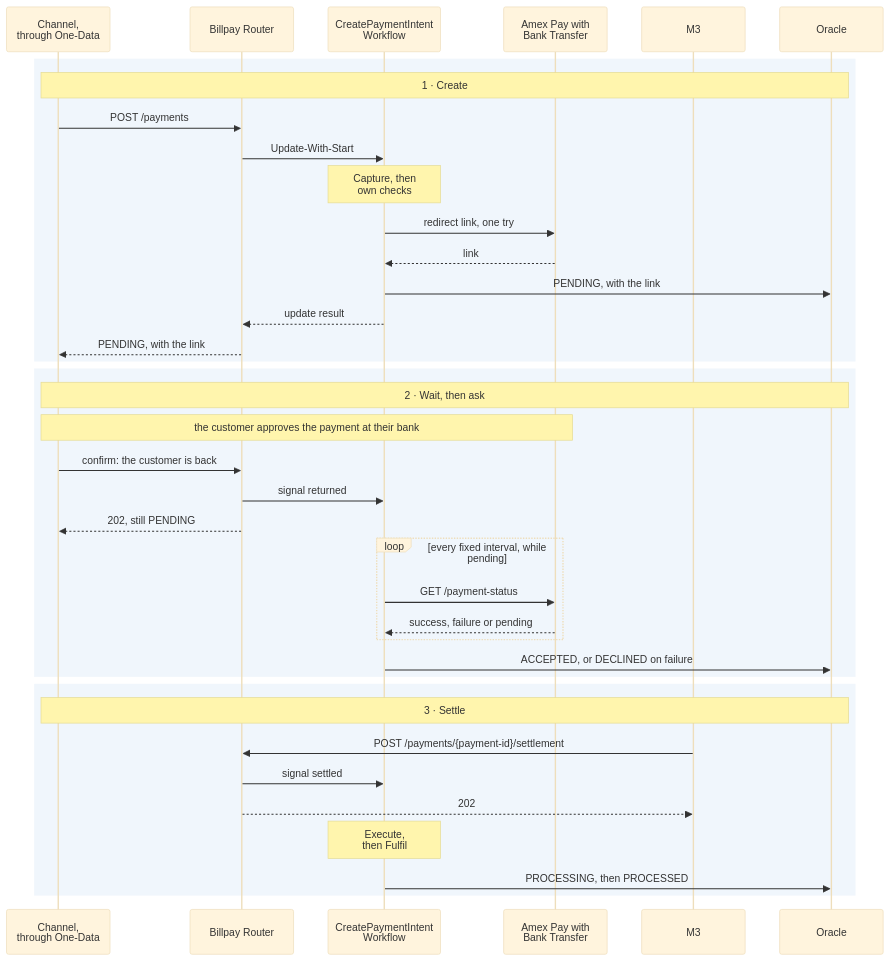
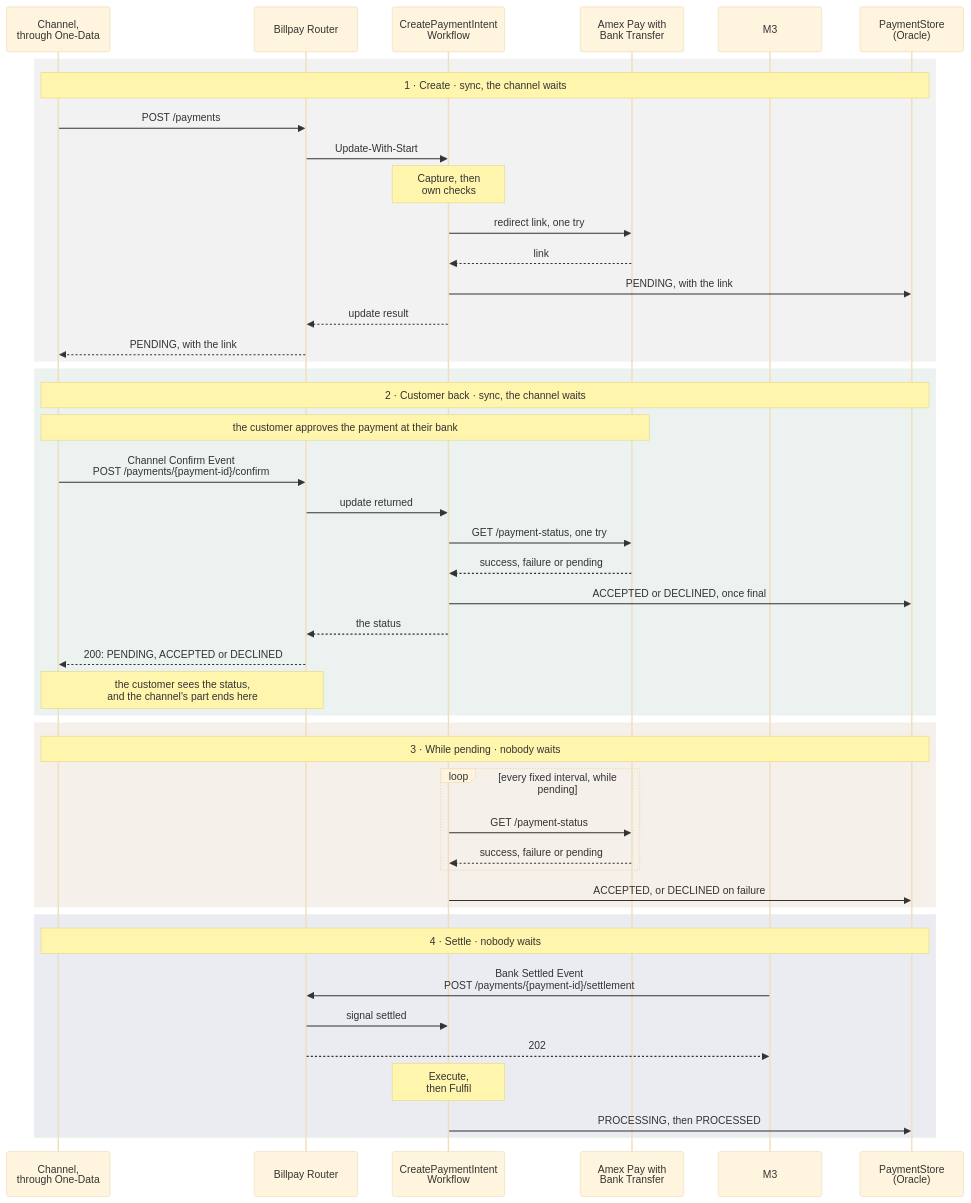
Diagram 14 of 16 in website/docs/design/sequence-diagrams.md (arunav-bhattacharya/billpay-book), drawn with Mermaid (base theme) before and after one commit. The commit also changed other lines of this file and 32 other files, not shown here.

First line of the commit message:
Confirm returns the status; event names, sync boxes, phase hues

````diff
--- a/website/docs/design/sequence-diagrams.md
+++ b/website/docs/design/sequence-diagrams.md
@@ -896,53 +897,63 @@
 ```mermaid
 ---
 config:
   fontFamily: "BentonSansUI, Helvetica, Arial, sans-serif"
   fontSize: 15
 ---
 sequenceDiagram
   %% Pink arrows: something outside resumes the payment.
-  %% trigger: confirm
-  %% trigger: POST /payments/{payment-id}/settlement
-  %% trigger: signal
+  %% trigger: Channel Confirm Event
+  %% trigger: update returned
+  %% trigger: Bank Settled Event
+  %% trigger: signal settled
 
   participant CH as Channel,<br/>through One-Data
   participant R as Billpay Router
   participant WF as CreatePaymentIntent<br/>Workflow
   participant PW as Amex Pay with<br/>Bank Transfer
   participant M3
-  participant OR as Oracle
+  participant PS as PaymentStore<br/>(Oracle)
 
-  rect rgba(0,111,207,0.06)
-    Note over CH,OR: 1 · Create
+  rect rgba(89,89,89,0.08)
+    Note over CH,PS: 1 · Create · sync, the channel waits
     CH->>R: POST /payments
     R->>WF: Update-With-Start
     Note over WF: Capture, then<br/>own checks
     WF->>PW: redirect link, one try
     PW-->>WF: link
-    WF->>OR: PENDING, with the link
+    WF->>PS: PENDING, with the link
     WF-->>R: update result
     R-->>CH: PENDING, with the link
   end
 
-  rect rgba(0,111,207,0.06)
-    Note over CH,OR: 2 · Wait, then ask
+  rect rgba(0,89,52,0.08)
+    Note over CH,PS: 2 · Customer back · sync, the channel waits
     Note over CH,PW: the customer approves the payment at their bank
-    CH->>R: confirm: the customer is back
-    R->>WF: signal returned
-    R-->>CH: 202, still PENDING
+    CH->>R: Channel Confirm Event<br/>POST /payments/{payment-id}/confirm
+    R->>WF: update returned
+    WF->>PW: GET /payment-status, one try
+    PW-->>WF: success, failure or pending
+    WF->>PS: ACCEPTED or DECLINED, once final
+    WF-->>R: the status
+    R-->>CH: 200: PENDING, ACCEPTED or DECLINED
+    Note over CH,R: the customer sees the status,<br/>and the channel's part ends here
+  end
+
+  rect rgba(140,65,12,0.08)
+    Note over CH,PS: 3 · While pending · nobody waits
     loop every fixed interval, while pending
       WF->>PW: GET /payment-status
       PW-->>WF: success, failure or pending
     end
-    WF->>OR: ACCEPTED, or DECLINED on failure
+    WF->>PS: ACCEPTED, or DECLINED on failure
   end
 
-  rect rgba(0,111,207,0.06)
-    Note over CH,OR: 3 · Settle
-    M3->>R: POST /payments/{payment-id}/settlement
+  rect rgba(0,23,90,0.08)
+    Note over CH,PS: 4 · Settle · nobody waits
+    M3->>R: Bank Settled Event<br/>POST /payments/{payment-id}/settlement
     R->>WF: signal settled
     R-->>M3: 202
     Note over WF: Execute,<br/>then Fulfil
-    WF->>OR: PROCESSING, then PROCESSED
+    WF->>PS: PROCESSING, then PROCESSED
   end
 ```
````
